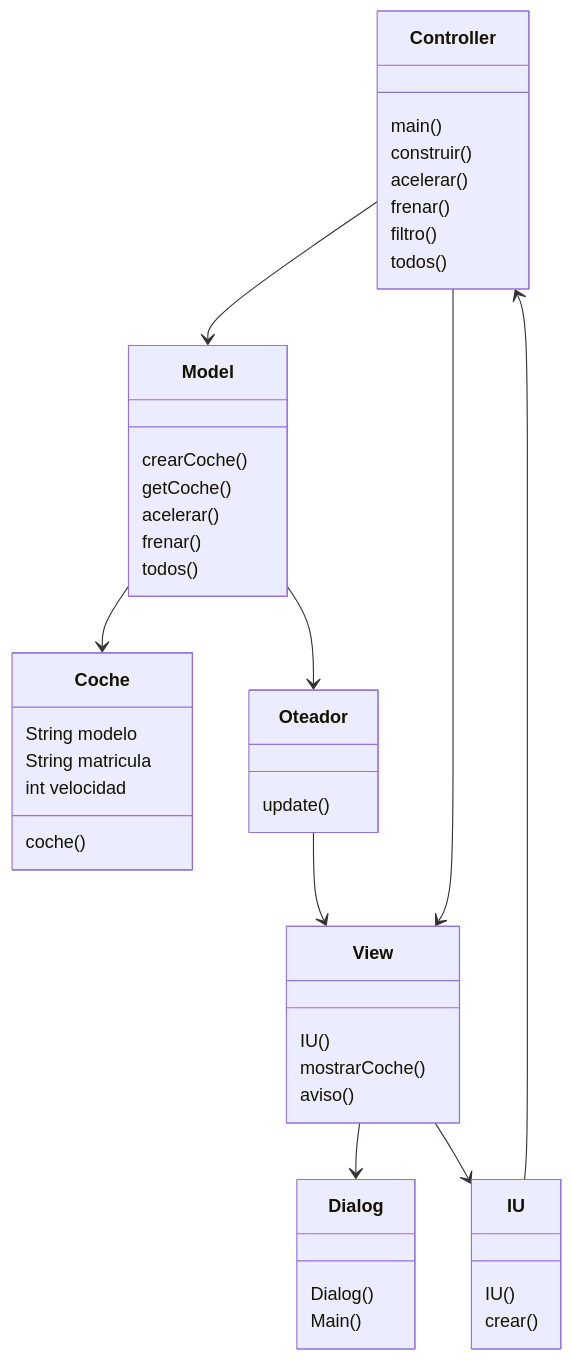
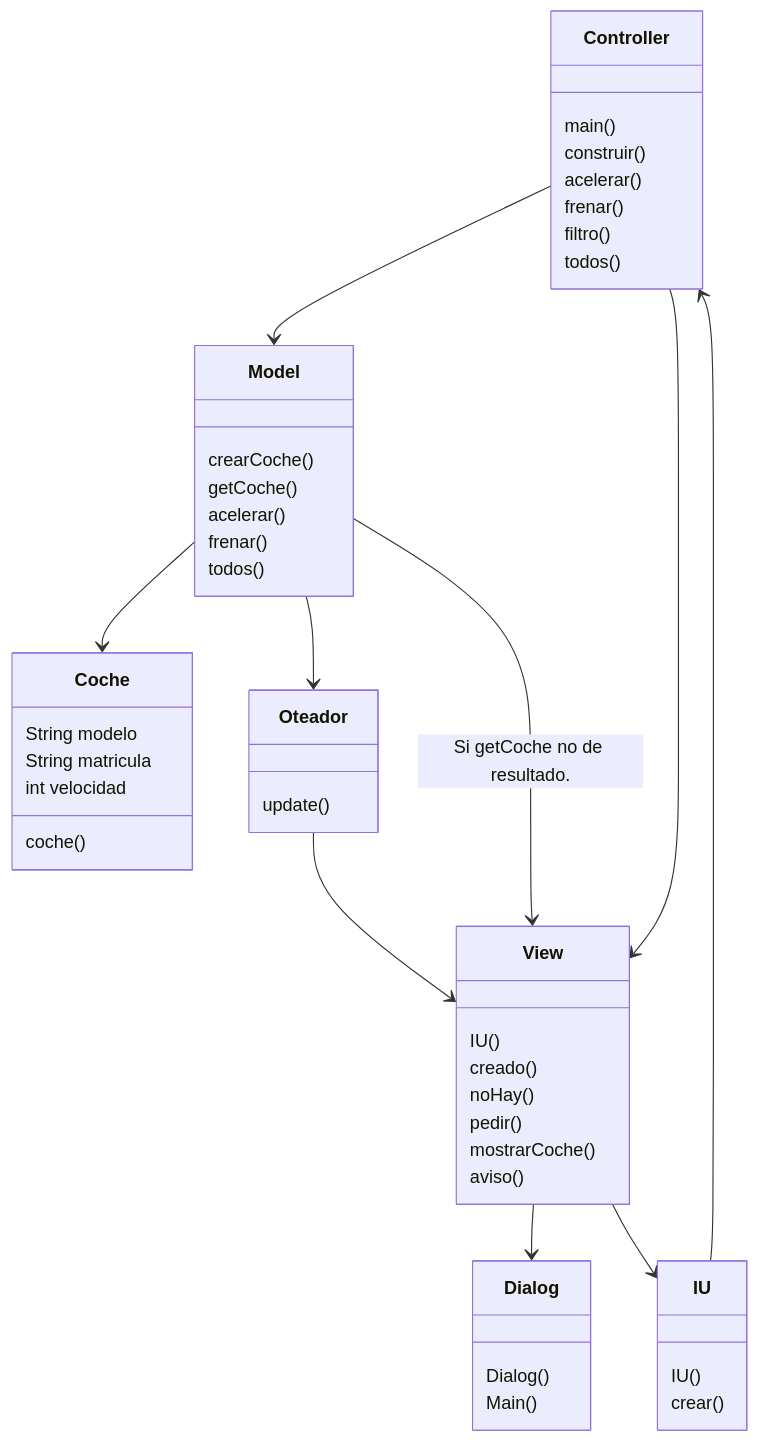
One commit to JJManeiro/MVC_coches changed the first of 2 diagrams in Readme.md. Above: the diagram before and after it, drawn with Mermaid. The commit also changed other lines of this file and 4 other files, not shown here.

````diff
--- a/Readme.md
+++ b/Readme.md
@@ -8,34 +8,38 @@
 ```mermaid
 classDiagram
 Controller-->Model
 Controller-->View
 Model-->Coche
 Model-->Oteador
+Model-->View : Si getCoche no de resultado. 
 Oteador-->View
 View-->Dialog
 View-->IU
 IU-->Controller
 Controller: main()
 Controller: construir()
 Controller: acelerar()
 Controller: frenar()
 Controller: filtro()
 Controller: todos() 
 Model: crearCoche()
 Model: getCoche()
 Model: acelerar()
 Model: frenar()
 Model: todos()
 View: IU()
+View: creado()
+View: noHay()
+View: pedir()
 View: mostrarCoche()
 View: aviso()
 Coche: String modelo
 Coche: String matricula
 Coche: int velocidad
 Coche: coche()
 Oteador: update()
 IU: IU()
 IU: crear()
 Dialog: Dialog()
 Dialog: Main()
 ```
````
